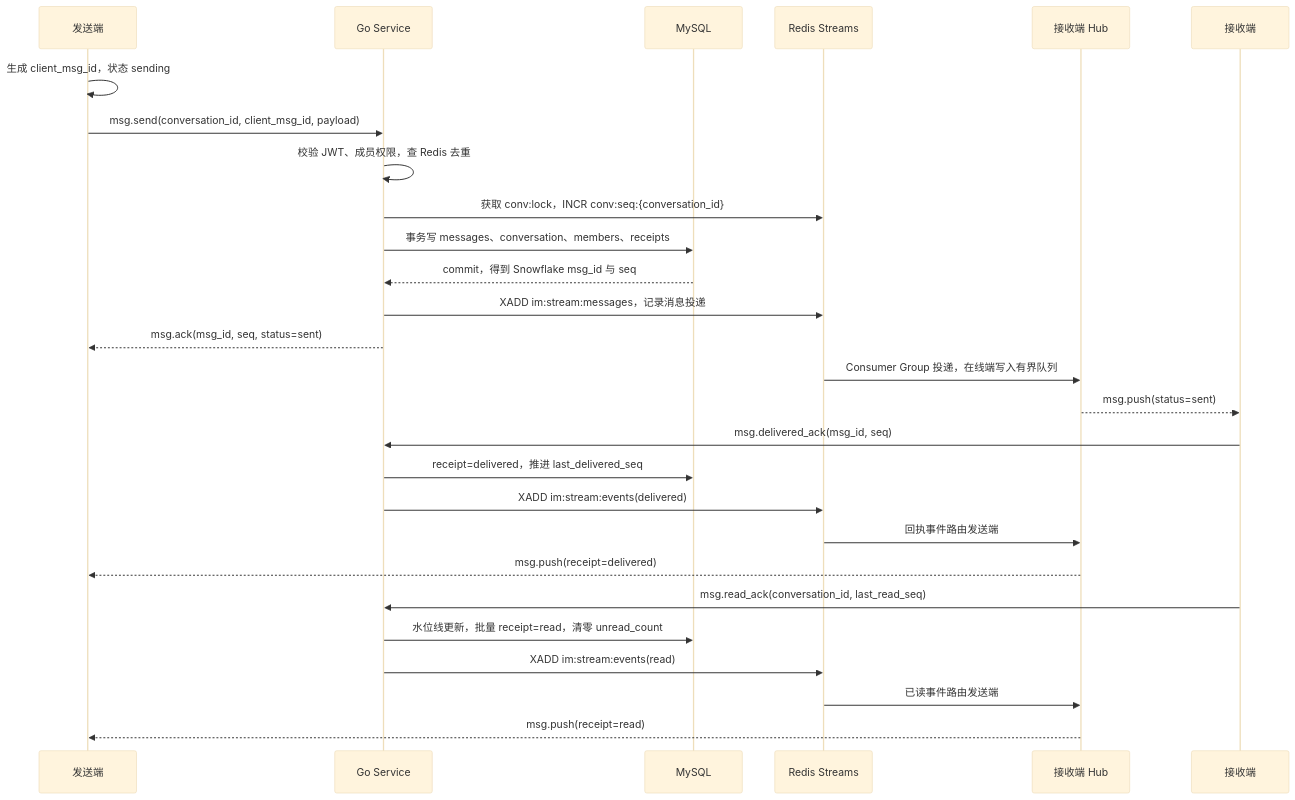
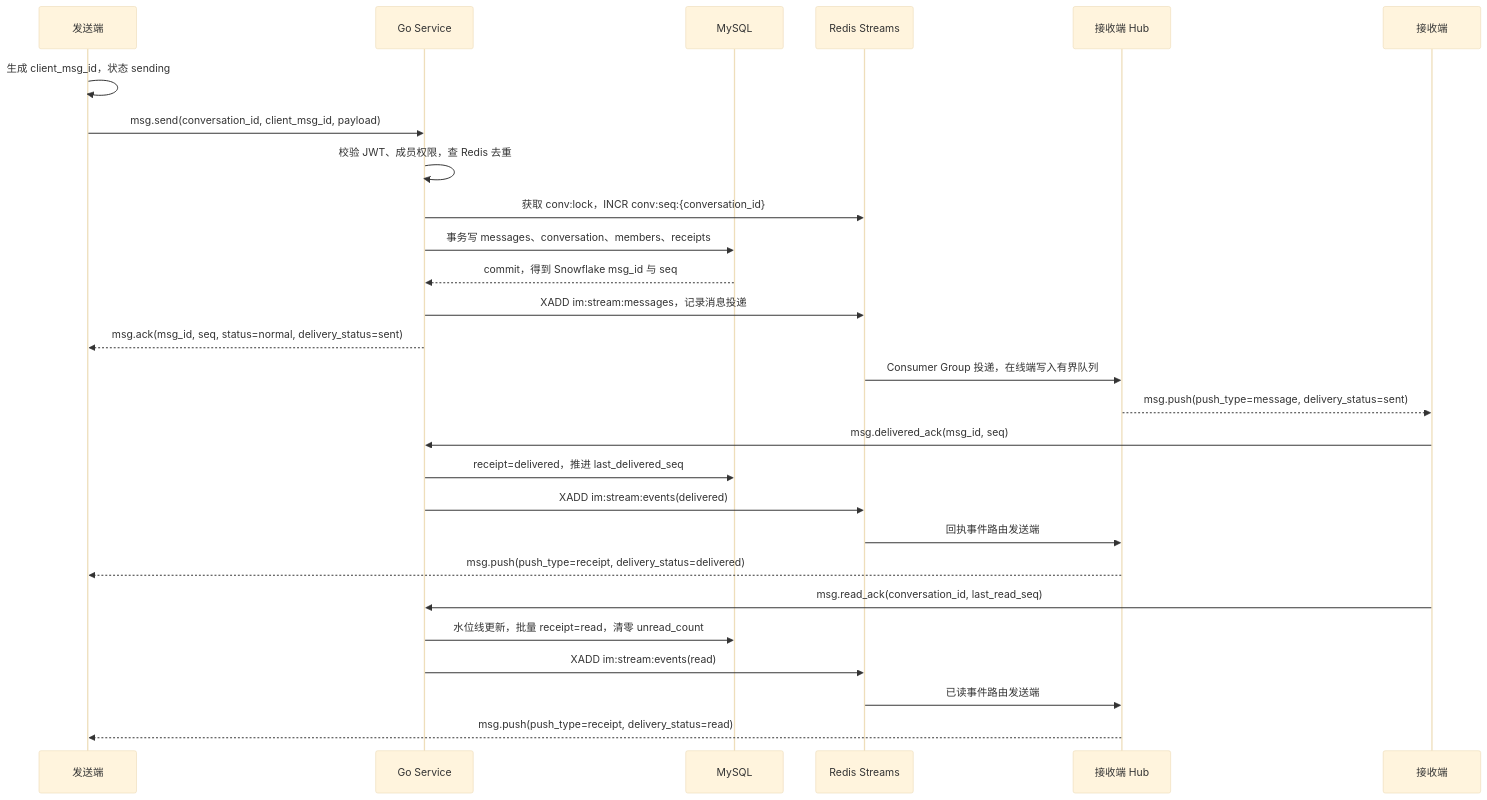
The second of 2 diagrams in docs/architecture.md (NowPion/enterprise-im), drawn with Mermaid (base theme) before and after one commit. The commit also changed other lines of this file, not shown here.

Commit message:
docs: clarify im-msg-persist boundary and multi-tab session routing

````diff
--- a/docs/architecture.md
+++ b/docs/architecture.md
@@ -59,29 +59,29 @@
 ```mermaid
 sequenceDiagram
     participant C as 发送端
     participant API as Go Service
     participant DB as MySQL
     participant S as Redis Streams
     participant H as 接收端 Hub
     participant R as 接收端
     C->>C: 生成 client_msg_id，状态 sending
     C->>API: msg.send(conversation_id, client_msg_id, payload)
     API->>API: 校验 JWT、成员权限，查 Redis 去重
     API->>S: 获取 conv:lock，INCR conv:seq:{conversation_id}
     API->>DB: 事务写 messages、conversation、members、receipts
     DB-->>API: commit，得到 Snowflake msg_id 与 seq
     API->>S: XADD im:stream:messages，记录消息投递
-    API-->>C: msg.ack(msg_id, seq, status=sent)
+    API-->>C: msg.ack(msg_id, seq, status=normal, delivery_status=sent)
     S->>H: Consumer Group 投递，在线端写入有界队列
-    H-->>R: msg.push(status=sent)
+    H-->>R: msg.push(push_type=message, delivery_status=sent)
     R->>API: msg.delivered_ack(msg_id, seq)
     API->>DB: receipt=delivered，推进 last_delivered_seq
     API->>S: XADD im:stream:events(delivered)
     S->>H: 回执事件路由发送端
-    H-->>C: msg.push(receipt=delivered)
+    H-->>C: msg.push(push_type=receipt, delivery_status=delivered)
     R->>API: msg.read_ack(conversation_id, last_read_seq)
     API->>DB: 水位线更新，批量 receipt=read，清零 unread_count
     API->>S: XADD im:stream:events(read)
     S->>H: 已读事件路由发送端
-    H-->>C: msg.push(receipt=read)
+    H-->>C: msg.push(push_type=receipt, delivery_status=read)
 ```
````
